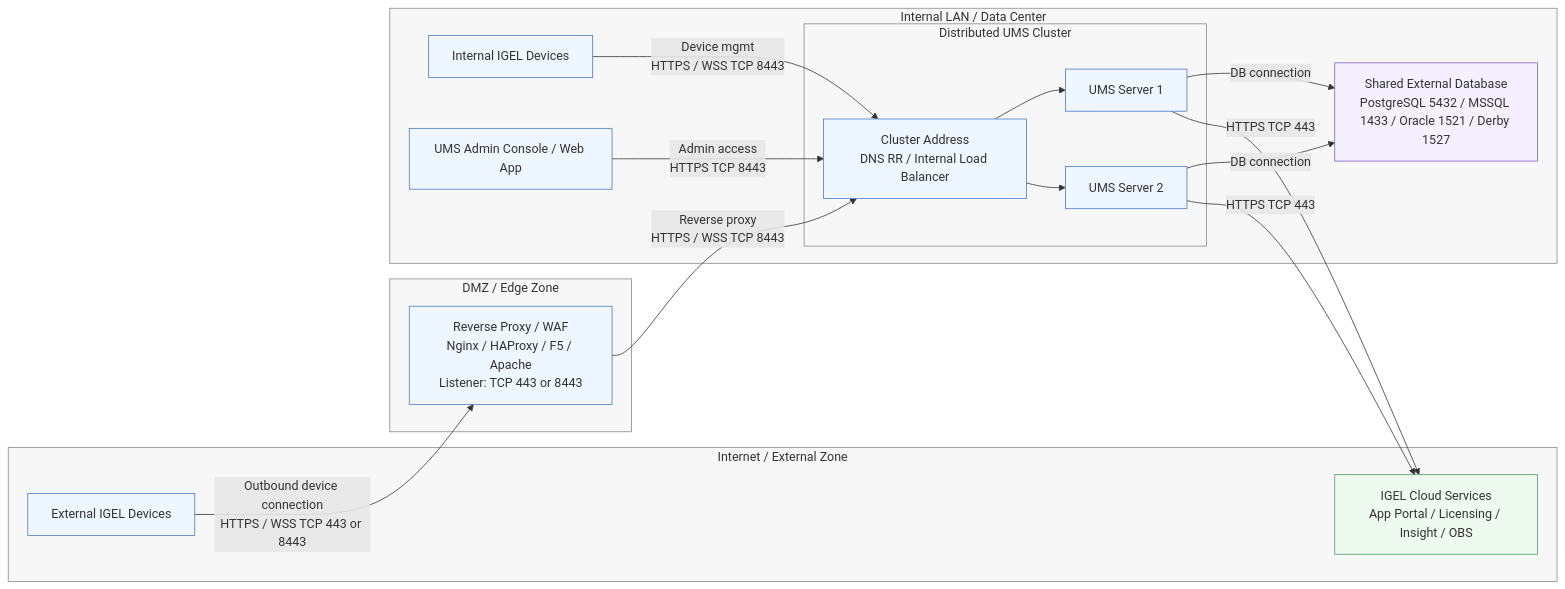
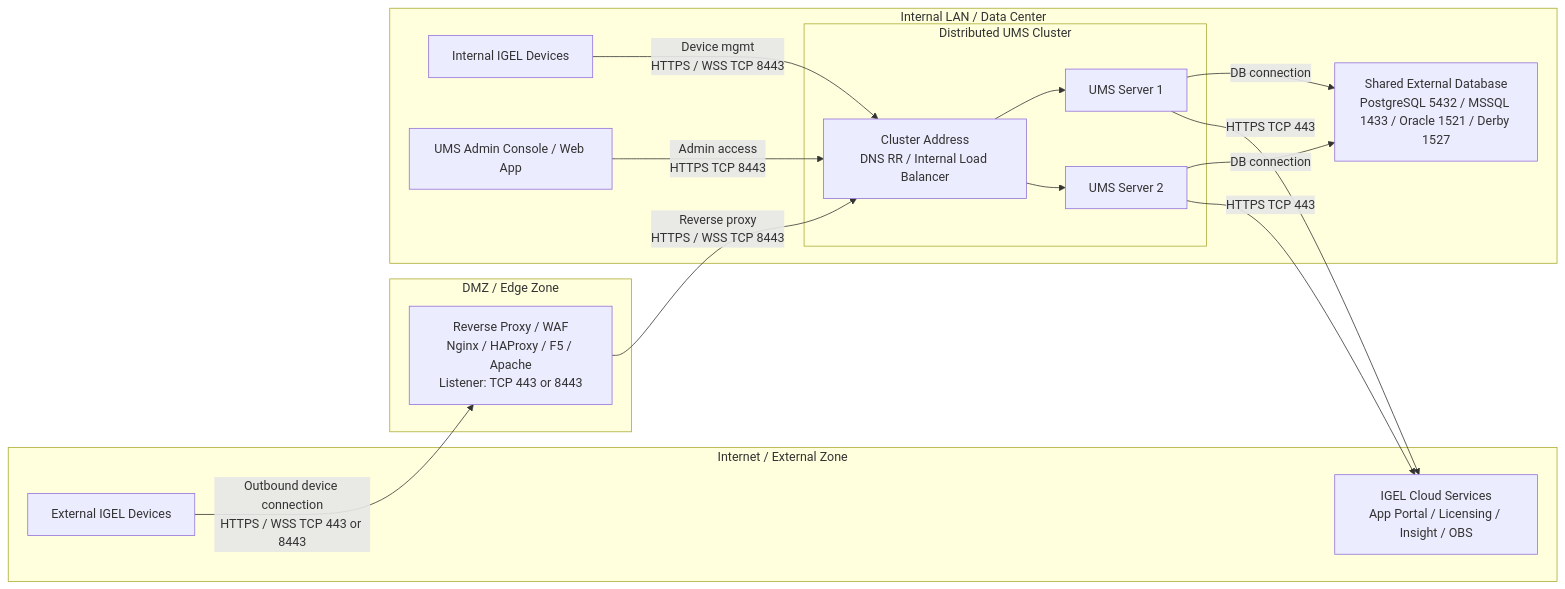
The third of 9 diagrams in docs/Docs/HOWTO-Basic-Setup-Guide.md (IGEL-Community/IGEL-Docs-v02), drawn with Mermaid before and after one commit. The commit also changed other lines of this file, not shown here.

Commit message:
updated chatgpt mermaid styles updated chatgpt mermaid styles

````diff
--- a/docs/Docs/HOWTO-Basic-Setup-Guide.md
+++ b/docs/Docs/HOWTO-Basic-Setup-Guide.md
@@ -315,75 +311,71 @@
 ```mermaid
 flowchart LR
 
 %% =========================
 %% ZONES
 %% =========================
 subgraph Internet["Internet / External Zone"]
     EXT["External IGEL Devices"]
     CLOUD["IGEL Cloud Services<br/>App Portal / Licensing / Insight / OBS"]
 end
 
 subgraph DMZ["DMZ / Edge Zone"]
     RP["Reverse Proxy / WAF<br/>Nginx / HAProxy / F5 / Apache<br/>Listener: TCP 443 or 8443"]
 end
 
 subgraph LAN["Internal LAN / Data Center"]
 
     INT["Internal IGEL Devices"]
 
     subgraph UMSCLUSTER["Distributed UMS Cluster"]
         LB["Cluster Address<br/>DNS RR / Internal Load Balancer"]
         UMS1["UMS Server 1"]
         UMS2["UMS Server 2"]
     end
 
     DB["Shared External Database<br/>PostgreSQL 5432 / MSSQL 1433 / Oracle 1521 / Derby 1527"]
 
     ADM["UMS Admin Console / Web App"]
 
 end
 
 %% =========================
 %% INTERNAL DEVICES
 %% =========================
 INT -->|"Device mgmt<br/>HTTPS / WSS TCP 8443"| LB
 LB --> UMS1
 LB --> UMS2
 
 %% =========================
 %% EXTERNAL DEVICES
 %% =========================
 EXT -->|"Outbound device connection<br/>HTTPS / WSS TCP 443 or 8443"| RP
 
 RP -->|"Reverse proxy<br/>HTTPS / WSS TCP 8443"| LB
 
 %% =========================
 %% ADMIN ACCESS
 %% =========================
 ADM -->|"Admin access<br/>HTTPS TCP 8443"| LB
 
 %% =========================
 %% UMS DATABASE
 %% =========================
 UMS1 -->|"DB connection"| DB
 UMS2 -->|"DB connection"| DB
 
 %% =========================
 %% CLOUD SERVICES
 %% =========================
 UMS1 -->|"HTTPS TCP 443"| CLOUD
 UMS2 -->|"HTTPS TCP 443"| CLOUD
 
 %% =========================
 %% STYLING
 %% =========================
-classDef zone fill:#f7f7f7,stroke:#888,stroke-width:1px;
-classDef core fill:#eef6ff,stroke:#4a78c2,stroke-width:1px;
-classDef db fill:#f4f0ff,stroke:#7a5cc2,stroke-width:1px;
-classDef cloud fill:#eefaf0,stroke:#4b9b63,stroke-width:1px;
 
 class Internet,DMZ,LAN,UMSCLUSTER zone;
 class EXT,INT,RP,LB,UMS1,UMS2,ADM core;
 class DB db;
 class CLOUD cloud;
 ```
````
